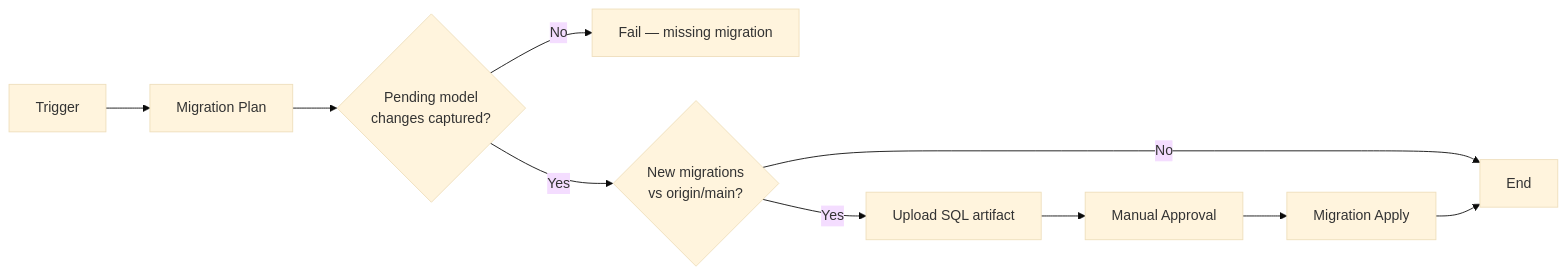
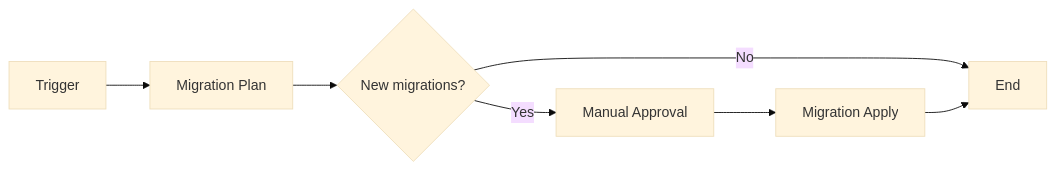
One commit to amirpouyan-haghighat/pipeline-templates changed the fifth of 5 diagrams in README.md. Above: the diagram before and after it, drawn with Mermaid (base theme). The commit also changed other lines of this file and 1 other file, not shown here.

First line of the commit message:
fix(migrations): surface real EF errors; align with terraform-reusable pattern

````diff
--- a/README.md
+++ b/README.md
@@ -307,12 +307,9 @@
 ```mermaid
 graph LR
     A[Trigger] --> B[Migration Plan]
-    B --> C{Pending model<br/>changes captured?}
-    C -->|No| X[Fail — missing migration]
-    C -->|Yes| D{New migrations<br/>vs origin/main?}
-    D -->|No| E[End]
-    D -->|Yes| F[Upload SQL artifact]
-    F --> G[Manual Approval]
-    G --> H[Migration Apply]
-    H --> E
+    B --> C{New migrations?}
+    C -->|No| E[End]
+    C -->|Yes| D[Manual Approval]
+    D --> F[Migration Apply]
+    F --> E
 ```
````
